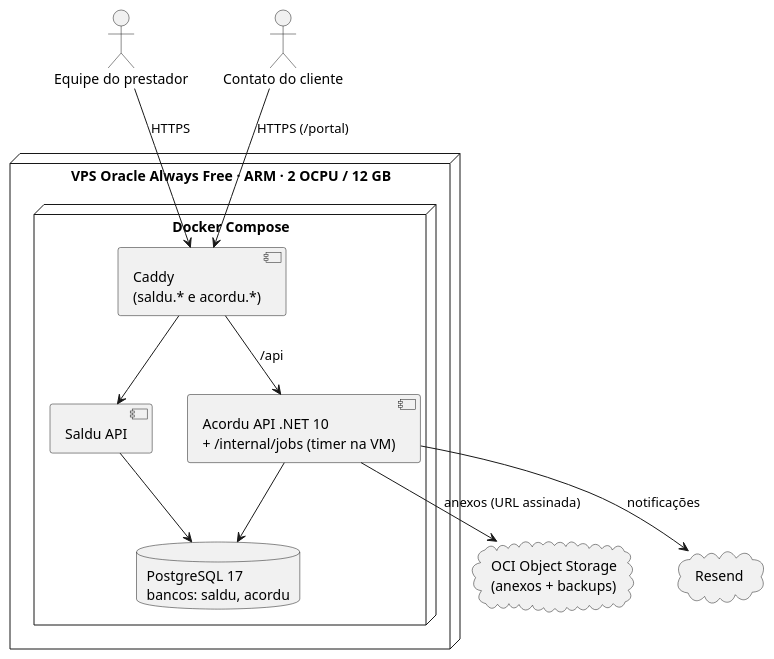
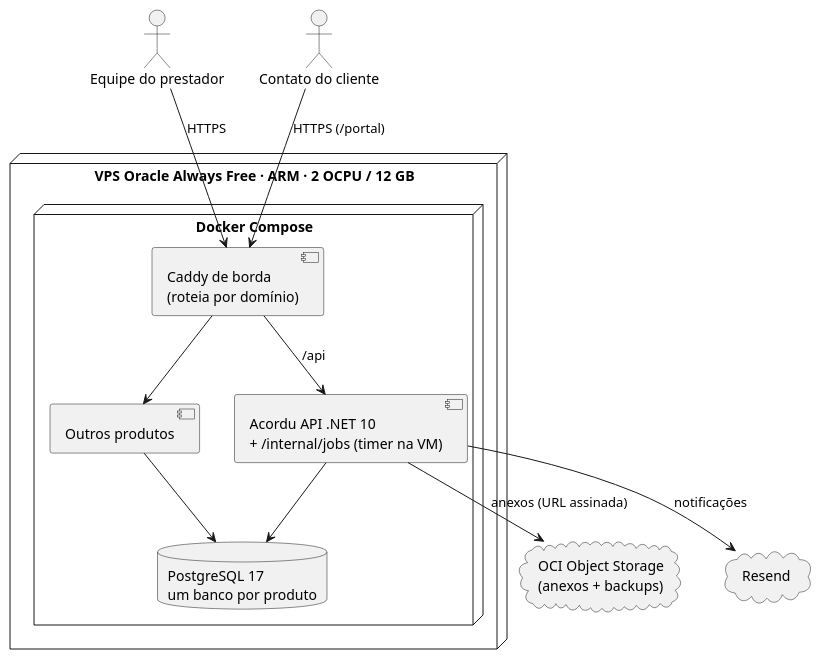
Before and after one commit to dansantxs/Acordu: the third of 4 diagrams in docs/ers/ERS-acordu-v1.md, drawn with PlantUML. The commit also changed other lines of this file and 18 other files, not shown here.

First line of the commit message:
docs: remove referências a outros produtos e adota o nome Nebrys

````diff
--- a/docs/ers/ERS-acordu-v1.md
+++ b/docs/ers/ERS-acordu-v1.md
@@ -504,26 +504,26 @@
 ```plantuml
 @startuml
 actor "Equipe do prestador" as eq
 actor "Contato do cliente" as ct
 cloud "OCI Object Storage\n(anexos + backups)" as oss
 cloud "Resend" as mail
 
 node "VPS Oracle Always Free · ARM · 2 OCPU / 12 GB" {
   node "Docker Compose" {
-    component "Caddy\n(saldu.* e acordu.*)" as caddy
+    component "Caddy de borda\n(roteia por domínio)" as caddy
     component "Acordu API .NET 10\n+ /internal/jobs (timer na VM)" as api
-    component "Saldu API" as saldu
-    database "PostgreSQL 17\nbancos: saldu, acordu" as pg
+    component "Outros produtos" as outros
+    database "PostgreSQL 17\num banco por produto" as pg
   }
 }
 
 eq --> caddy : HTTPS
 ct --> caddy : HTTPS (/portal)
 caddy --> api : /api
-caddy --> saldu
+caddy --> outros
 api --> pg
-saldu --> pg
+outros --> pg
 api --> oss : anexos (URL assinada)
 api --> mail : notificações
 @enduml
 ```
````
